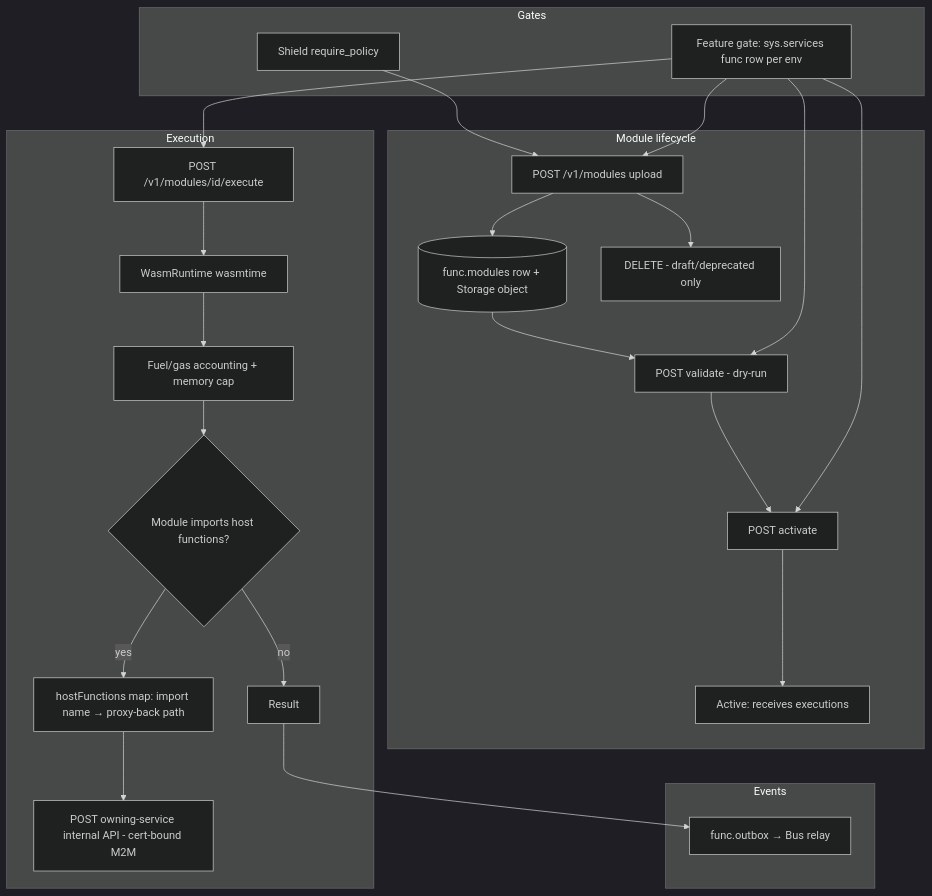
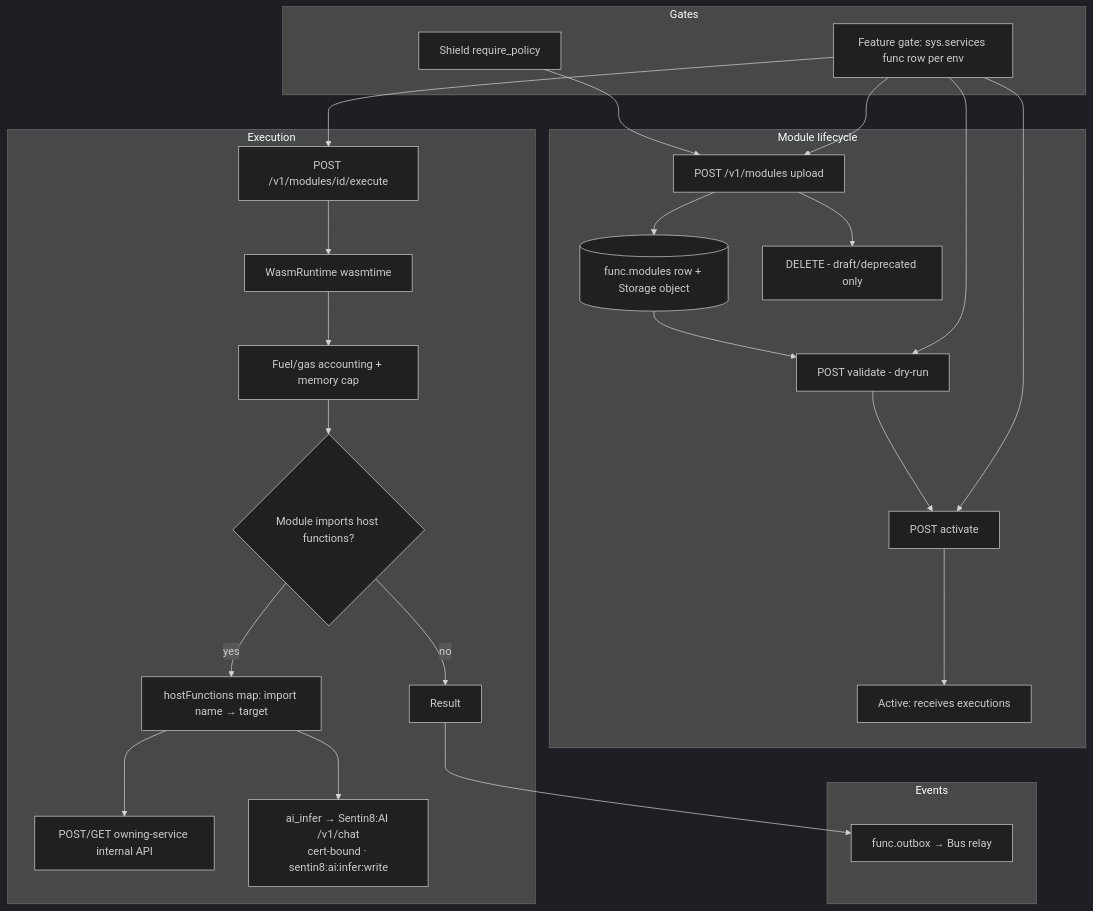
The diagram in README.md (Sentin8/sentin8-func), drawn with Mermaid (dark theme) before and after one commit. The commit also changed other lines of this file and 7 other files, not shown here.

First line of the commit message:
edge functions can call a model: ai_infer host function + per-import targets

````diff
--- a/README.md
+++ b/README.md
@@ -37,28 +45,29 @@
 ```mermaid
 graph TD
     subgraph Module lifecycle
         A[POST /v1/modules upload] --> B[(func.modules row + Storage object)]
         B --> C[POST validate - dry-run]
         C --> D[POST activate]
         D --> E[Active: receives executions]
         A --> F[DELETE - draft/deprecated only]
     end
     subgraph Execution
         G[POST /v1/modules/id/execute] --> H[WasmRuntime wasmtime]
         H --> I[Fuel/gas accounting + memory cap]
         I --> J{Module imports host functions?}
-        J -->|yes| K[hostFunctions map: import name → proxy-back path]
-        K --> L[POST owning-service internal API - cert-bound M2M]
+        J -->|yes| K[hostFunctions map: import name → target]
+        K --> L[POST/GET owning-service internal API]
+        K --> L2[ai_infer → Sentin8:AI /v1/chat<br/>cert-bound · sentin8:ai:infer:write]
         J -->|no| M[Result]
     end
     subgraph Gates
         N[Shield require_policy] --> A
         O[Feature gate: sys.services func row per env] --> A
         O --> C
         O --> D
         O --> G
     end
     subgraph Events
         M --> P[func.outbox → Bus relay]
     end
 ```
````
